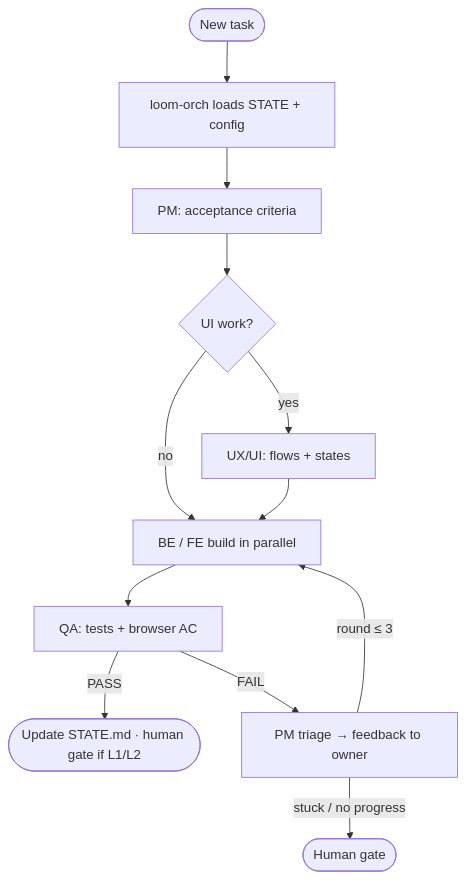
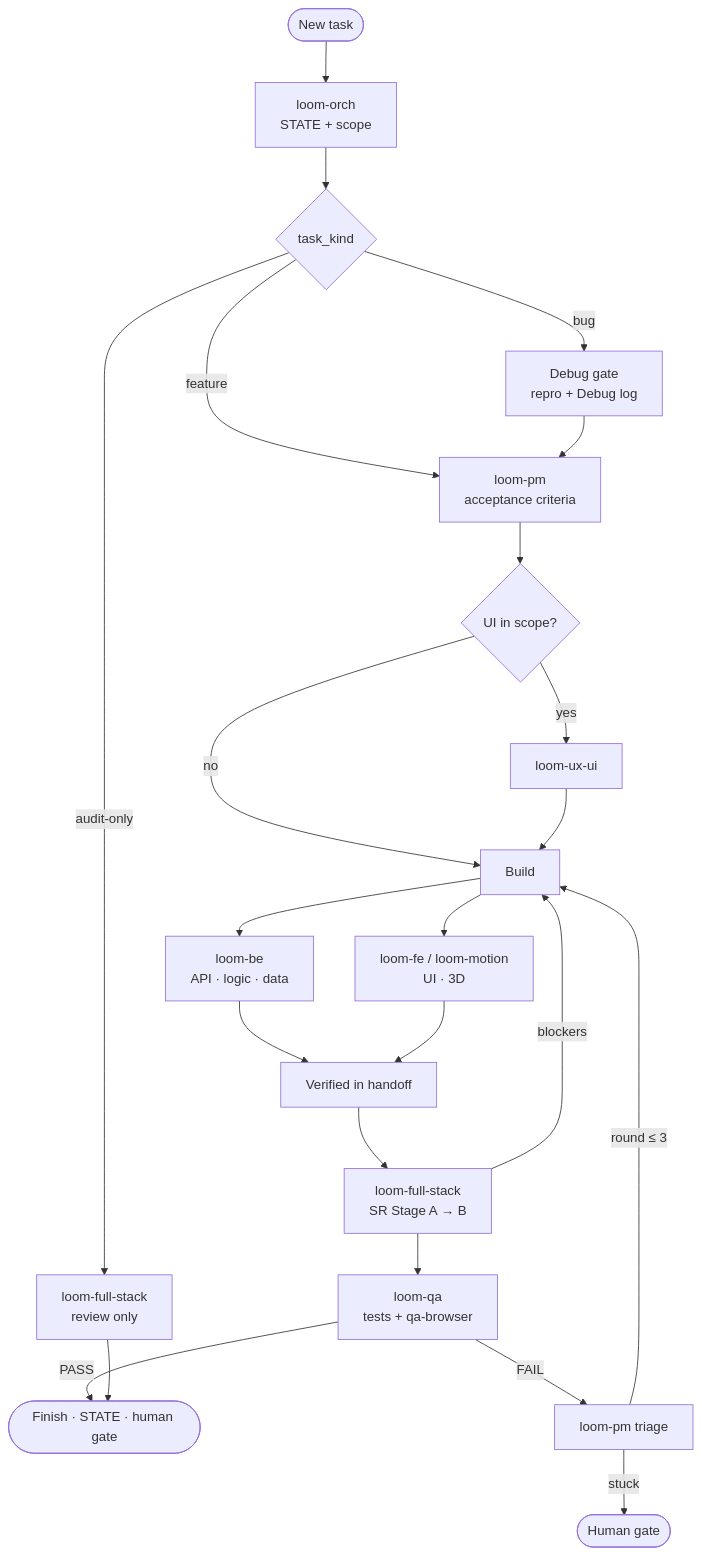
The second of 5 diagrams in README.full.md (sukritnak/loom), drawn with Mermaid before and after one commit. The commit also changed other lines of this file and 20 other files, not shown here.

````diff
--- a/README.full.md
+++ b/README.full.md
@@ -270,14 +270,29 @@
 ```mermaid
 flowchart TD
-  A([New task]) --> B[loom-orch loads STATE + config]
-  B --> C[PM: acceptance criteria]
-  C --> D{UI work?}
-  D -->|yes| E[UX/UI: flows + states]
-  D -->|no| F
-  E --> F[BE / FE build in parallel]
-  F --> G[QA: tests + browser AC]
-  G -->|PASS| H([Update STATE.md · human gate if L1/L2])
-  G -->|FAIL| I[PM triage → feedback to owner]
-  I -->|round ≤ 3| F
-  I -->|stuck / no progress| J([Human gate])
+  START([New task]) --> ORCH[loom-orch<br/>STATE + scope]
+
+  ORCH --> KIND{task_kind}
+  KIND -->|bug| DBG[Debug gate<br/>repro + Debug log]
+  KIND -->|audit-only| FSREV[loom-full-stack<br/>review only]
+  KIND -->|feature| PM
+
+  DBG --> PM[loom-pm<br/>acceptance criteria]
+  PM --> UI{UI in scope?}
+  UI -->|yes| UX[loom-ux-ui]
+  UI -->|no| BUILD
+  UX --> BUILD[Build]
+
+  BUILD --> BE[loom-be<br/>API · logic · data]
+  BUILD --> FE[loom-fe / loom-motion<br/>UI · 3D]
+
+  BE --> VER[Verified in handoff]
+  FE --> VER
+  VER --> SR[loom-full-stack<br/>SR Stage A → B]
+  SR -->|blockers| BUILD
+  SR --> QA[loom-qa<br/>tests + qa-browser]
+  QA -->|PASS| DONE([Finish · STATE · human gate])
+  QA -->|FAIL| TRI[loom-pm triage]
+  TRI -->|round ≤ 3| BUILD
+  TRI -->|stuck| HUMAN([Human gate])
+  FSREV --> DONE
 ```
````
